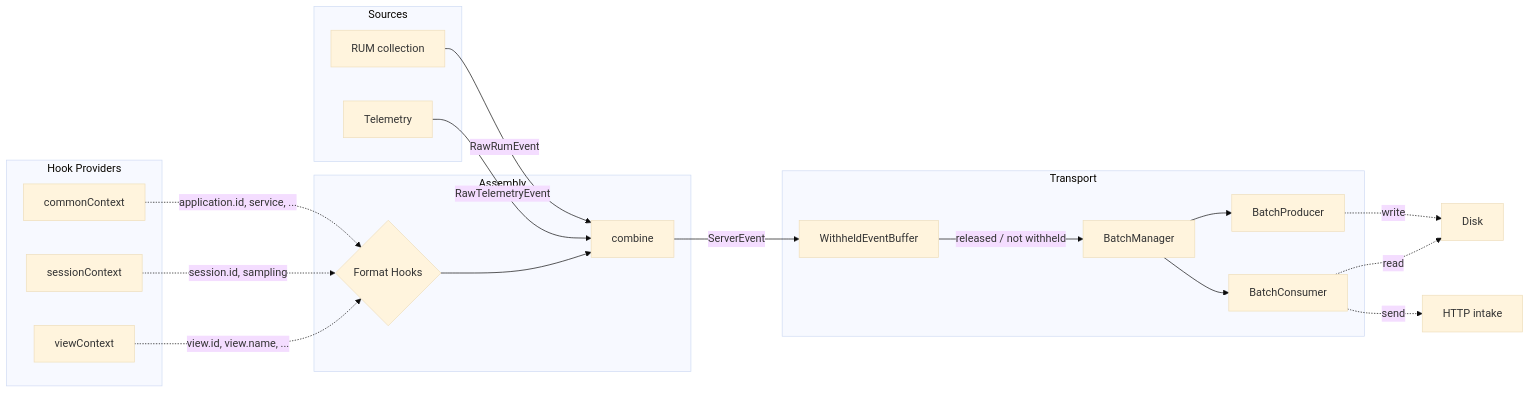
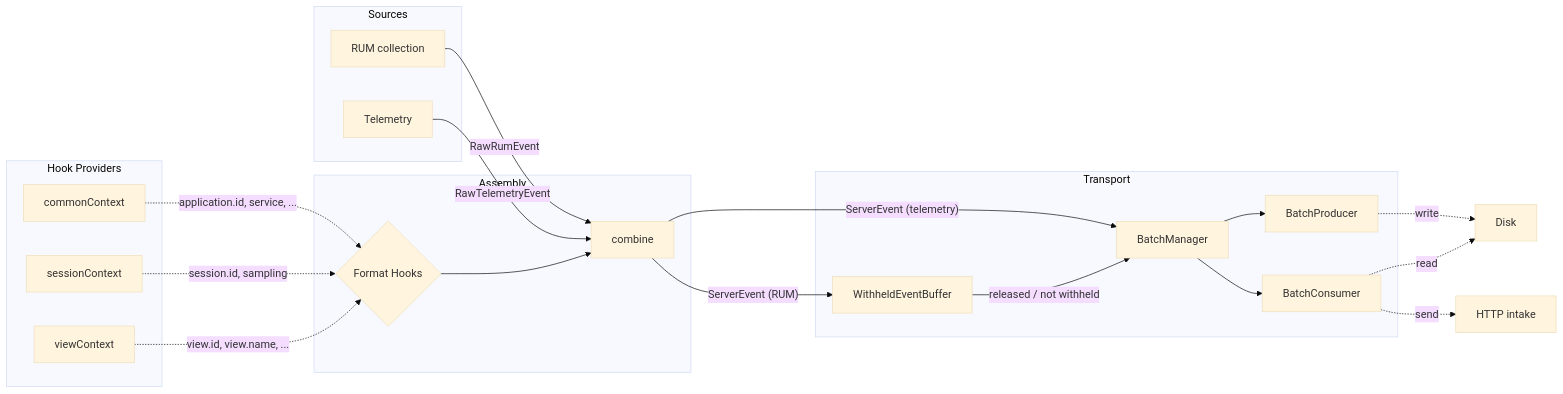
One commit to flashcatcloud/fc-sdk-electron changed the second of 2 diagrams in docs/ARCHITECTURE.md. Above: the diagram before and after it, drawn with Mermaid (base theme). The commit also changed other lines of this file, not shown here.

First line of the commit message:
📝 name the FlashCat RUM ingest and route telemetry past the withheld buffer

````diff
--- a/docs/ARCHITECTURE.md
+++ b/docs/ARCHITECTURE.md
@@ -59,39 +59,40 @@
 ```mermaid
 flowchart LR
     subgraph Sources
         RUM[RUM collection]
         TEL[Telemetry]
     end
 
     subgraph Assembly
         HOOKS{Format Hooks}
         COMBINE[combine]
     end
 
     subgraph "Hook Providers"
         CC[commonContext]
         SC[sessionContext]
         VC[viewContext]
     end
 
     subgraph Transport
         WB[WithheldEventBuffer]
         BM[BatchManager]
         BP[BatchProducer]
         BC[BatchConsumer]
     end
 
     RUM -- RawRumEvent --> COMBINE
     TEL -- RawTelemetryEvent --> COMBINE
     CC -. "application.id, service, ..." .-> HOOKS
     SC -. "session.id, sampling" .-> HOOKS
     VC -. "view.id, view.name, ..." .-> HOOKS
     HOOKS --> COMBINE
-    COMBINE -- ServerEvent --> WB
+    COMBINE -- "ServerEvent (RUM)" --> WB
+    COMBINE -- "ServerEvent (telemetry)" --> BM
     WB -- "released / not withheld" --> BM
     BM --> BP
     BM --> BC
     BP -. "write" .-> DISK[Disk]
     BC -. "read" .-> DISK[Disk]
     BC -. "send" .-> INT[HTTP intake]
 ```
````
